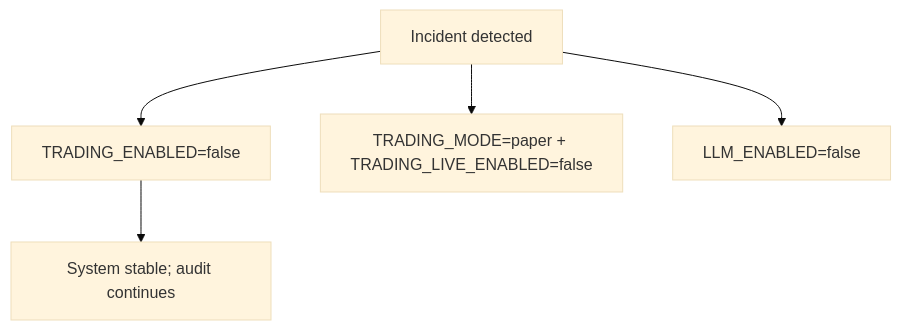
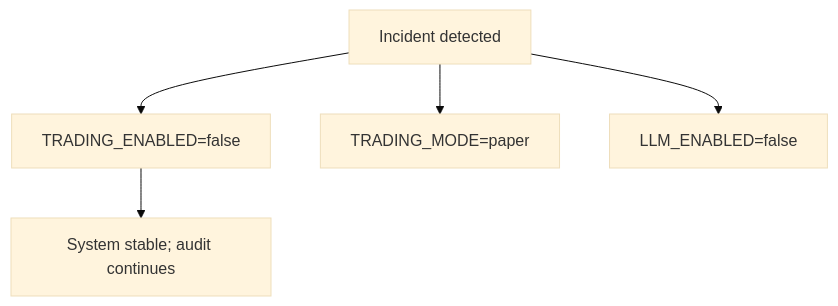
Before and after one commit to proompteng/lab: the diagram in docs/torghut/design-system/v1/trading-safety-kill-switches.md, drawn with Mermaid (base theme). The commit also changed other lines of this file and 25 other files, not shown here.

````diff
--- a/docs/torghut/design-system/v1/trading-safety-kill-switches.md
+++ b/docs/torghut/design-system/v1/trading-safety-kill-switches.md
@@ -36,7 +36,7 @@
 ```mermaid
 flowchart TD
   Incident["Incident detected"] --> DisableTrading["TRADING_ENABLED=false"]
-  Incident --> ForcePaper["TRADING_MODE=paper + TRADING_LIVE_ENABLED=false"]
+  Incident --> ForcePaper["TRADING_MODE=paper"]
   Incident --> DisableAI["LLM_ENABLED=false"]
   DisableTrading --> Stable["System stable; audit continues"]
 ```
````
